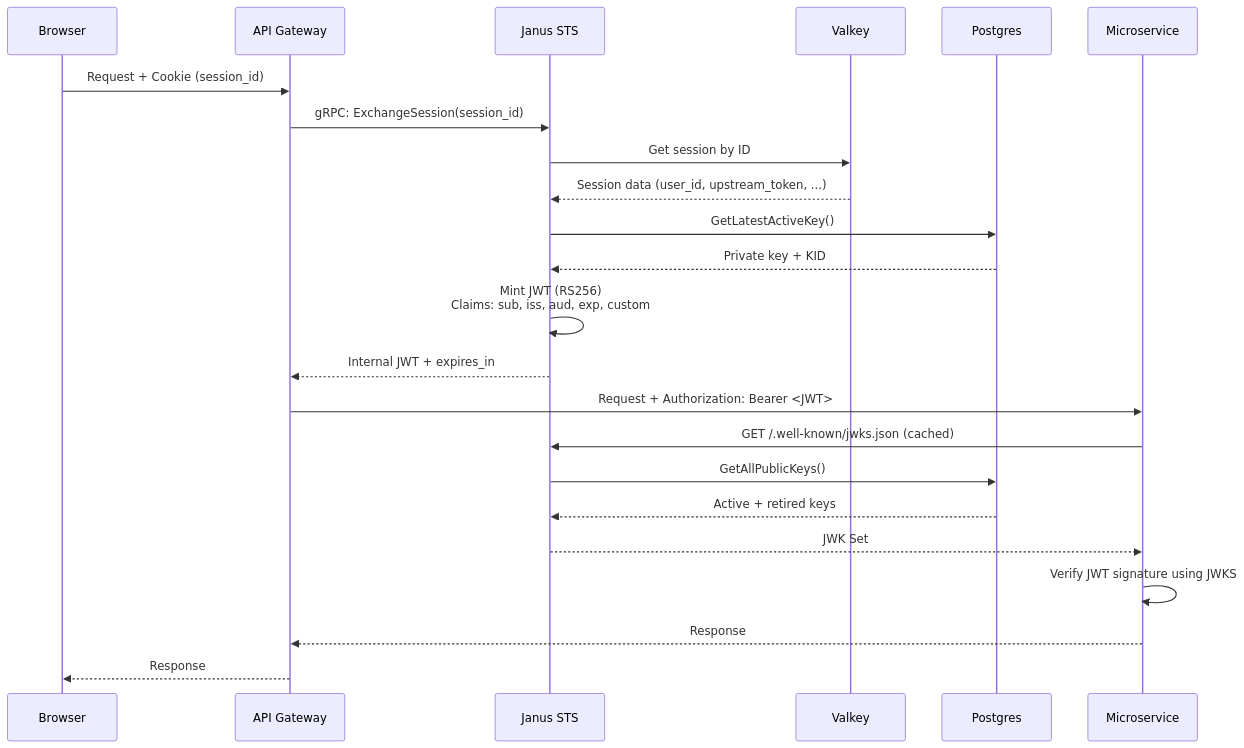
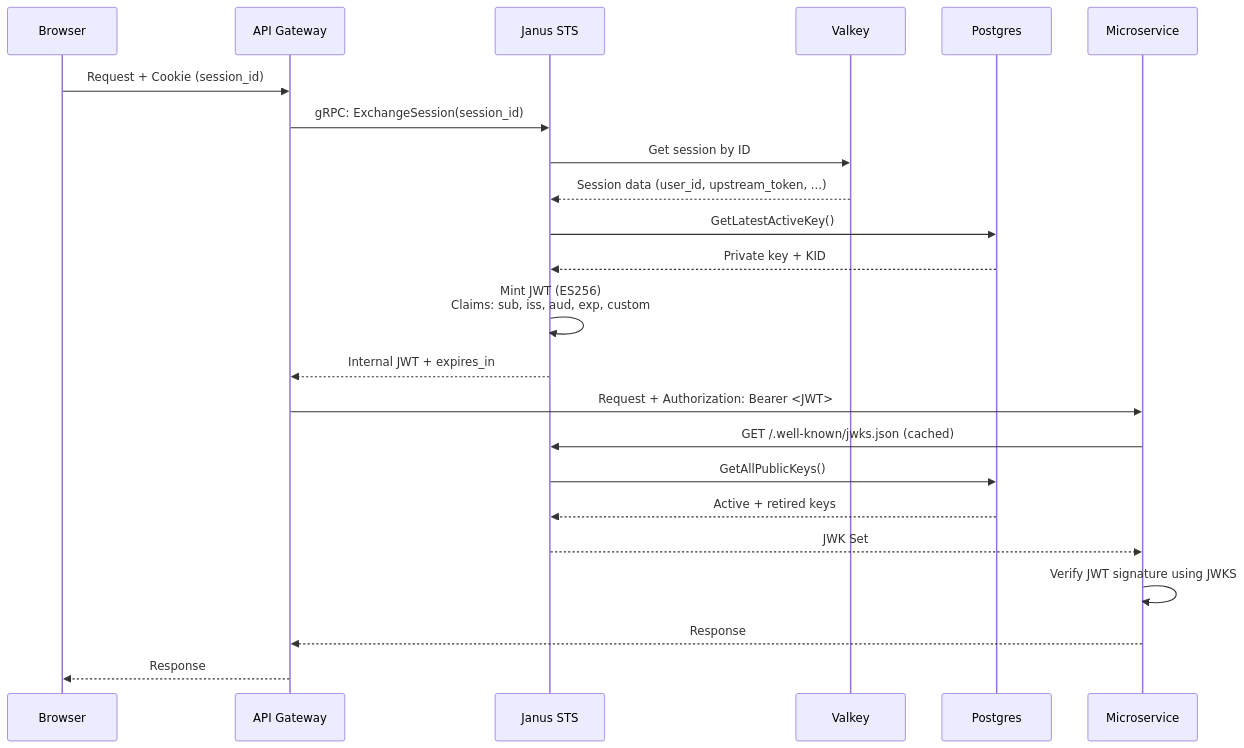
One commit to canonical/secure-token-service changed the fourth of 5 diagrams in README.md. Above: the diagram before and after it, drawn with Mermaid. The commit also changed other lines of this file and 9 other files, not shown here.

````diff
--- a/README.md
+++ b/README.md
@@ -136,31 +136,31 @@
 ```mermaid
 sequenceDiagram
     participant Client as Browser
     participant Gateway as API Gateway
     participant Janus as Janus STS
     participant Valkey
     participant Postgres
     participant Service as Microservice
     
     Client->>Gateway: Request + Cookie (session_id)
     Gateway->>Janus: gRPC: ExchangeSession(session_id)
     
     Janus->>Valkey: Get session by ID
     Valkey-->>Janus: Session data (user_id, upstream_token, ...)
     
     Janus->>Postgres: GetLatestActiveKey()
     Postgres-->>Janus: Private key + KID
     
-    Janus->>Janus: Mint JWT (RS256)<br/>Claims: sub, iss, aud, exp, custom
+    Janus->>Janus: Mint JWT (ES256)<br/>Claims: sub, iss, aud, exp, custom
     Janus-->>Gateway: Internal JWT + expires_in
     
     Gateway->>Service: Request + Authorization: Bearer <JWT>
     Service->>Janus: GET /.well-known/jwks.json (cached)
     Janus->>Postgres: GetAllPublicKeys()
     Postgres-->>Janus: Active + retired keys
     Janus-->>Service: JWK Set
     
     Service->>Service: Verify JWT signature using JWKS
     Service-->>Gateway: Response
     Gateway-->>Client: Response
 ```
````
